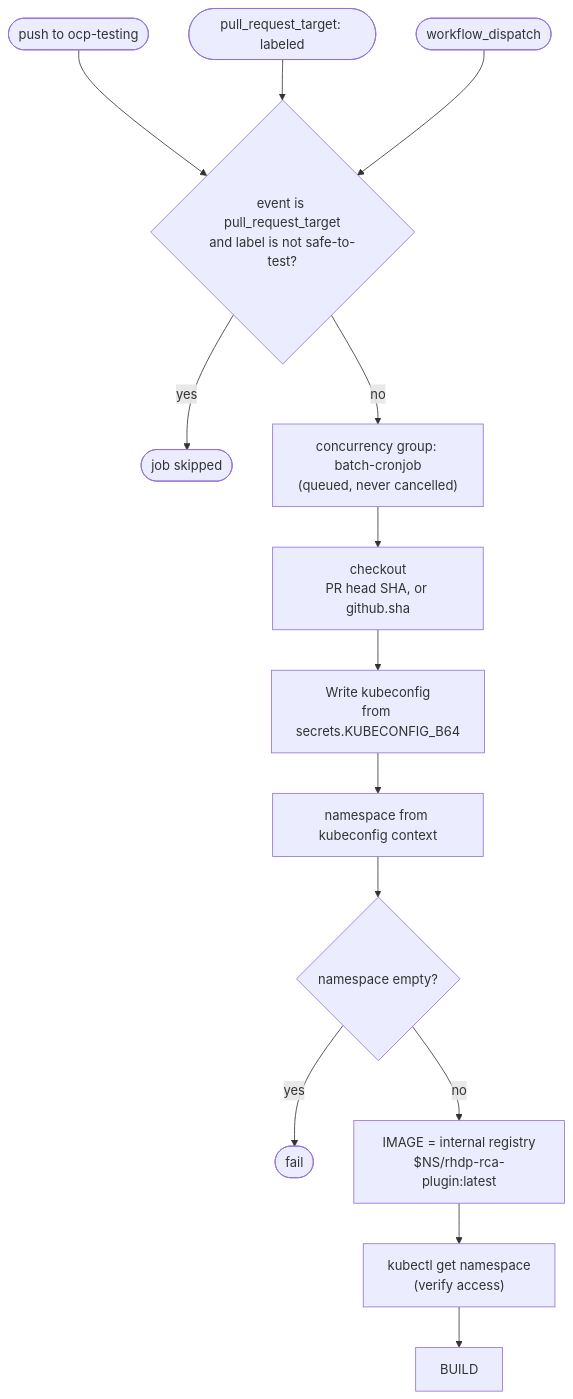
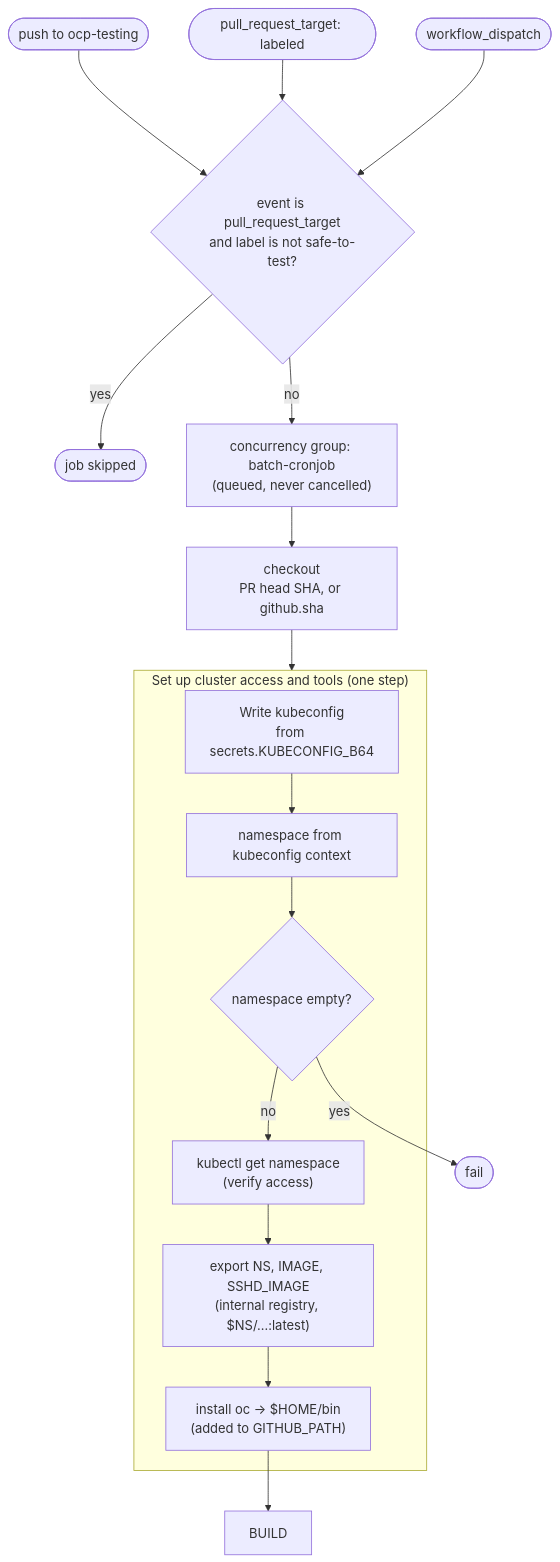
One commit to rhpds/aap2-rca-agent changed the third of 7 diagrams in docs/ci-flow.md. Above: the diagram before and after it, drawn with Mermaid. The commit also changed other lines of this file and 1 other file, not shown here.

Commit message:
chore(ci): install oc once and fold setup into a single step
- Merge kubeconfig, namespace resolution/access check, image exports
  (IMAGE, SSHD_IMAGE) and oc install into one setup step
- Remove the duplicated oc download from both build steps
- Update docs/ci-flow.md to match

````diff
--- a/docs/ci-flow.md
+++ b/docs/ci-flow.md
@@ -47,19 +47,23 @@
 ```mermaid
 flowchart TD
     T1([push to ocp-testing]) --> G
     T2([pull_request_target: labeled]) --> G
     T3([workflow_dispatch]) --> G
 
     G{"event is pull_request_target<br/>and label is not safe-to-test?"}
     G -- yes --> SKIP([job skipped])
     G -- no --> C["concurrency group: batch-cronjob<br/>(queued, never cancelled)"]
 
     C --> CO["checkout<br/>PR head SHA, or github.sha"]
-    CO --> KC["Write kubeconfig<br/>from secrets.KUBECONFIG_B64"]
-    KC --> NSK["namespace from kubeconfig context"]
-    NSK --> NSE{"namespace empty?"}
+    CO --> SETUP
+
+    subgraph SETUP["Set up cluster access and tools (one step)"]
+        KC["Write kubeconfig<br/>from secrets.KUBECONFIG_B64"] --> NSK["namespace from kubeconfig context"]
+        NSK --> NSE{"namespace empty?"}
+        NSE -- no --> VA["kubectl get namespace<br/>(verify access)"]
+        VA --> IMGD["export NS, IMAGE, SSHD_IMAGE<br/>(internal registry, $NS/…:latest)"]
+        IMGD --> OC["install oc → $HOME/bin<br/>(added to GITHUB_PATH)"]
+    end
     NSE -- yes --> FAIL1([fail])
-    NSE -- no --> IMGD["IMAGE = internal registry<br/>$NS/rhdp-rca-plugin:latest"]
-    IMGD --> VA["kubectl get namespace<br/>(verify access)"]
-    VA --> BUILD
+    OC --> BUILD
 ```
````
